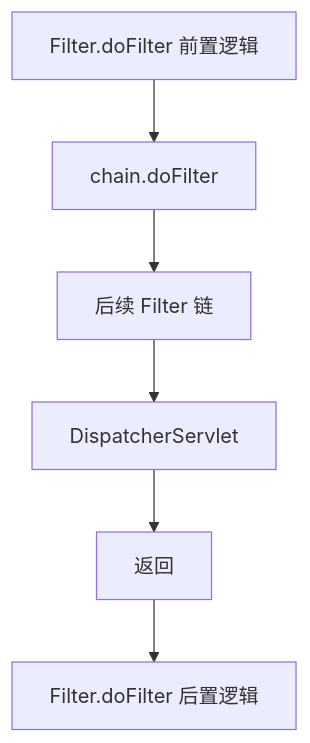
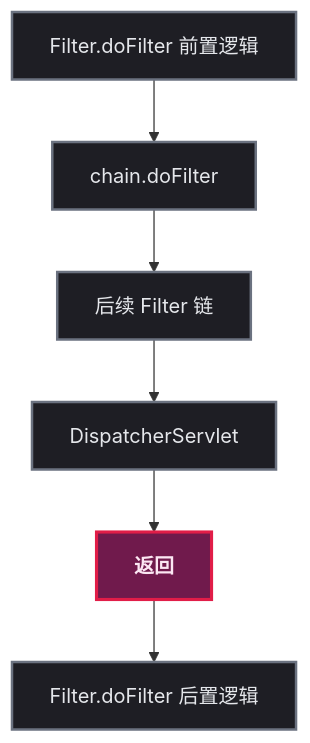
Before and after one commit to yaocat55/yaocat55.github.io: the second of 6 diagrams in content/posts/spring/FilterInterceptorAdvice.md, drawn with Mermaid. The commit also changed other lines of this file and 155 other files, not shown here.

````diff
--- a/content/posts/spring/FilterInterceptorAdvice.md
+++ b/content/posts/spring/FilterInterceptorAdvice.md
@@ -77,8 +85,14 @@
 ```mermaid
 flowchart TD
+%% 半暗底色 + 高亮描边：完美适配博客深色/浅色双主题 %%
+classDef process fill:#1e1e24,stroke:#6b7280,stroke-width:2px,color:#e5e7eb;
+classDef startEnd fill:#701a4c,stroke:#e11d48,stroke-width:2.5px,color:#fce7f3,font-weight:bold;
     F1[Filter.doFilter 前置逻辑] --> F2[chain.doFilter]
     F2 --> F3[后续 Filter 链]
     F3 --> F4[DispatcherServlet]
     F4 --> F3_ret[返回]
     F3_ret --> F5[Filter.doFilter 后置逻辑]
+
+class F1,F2,F3,F4,F5 process;
+class F3_ret startEnd;
 ```
````
